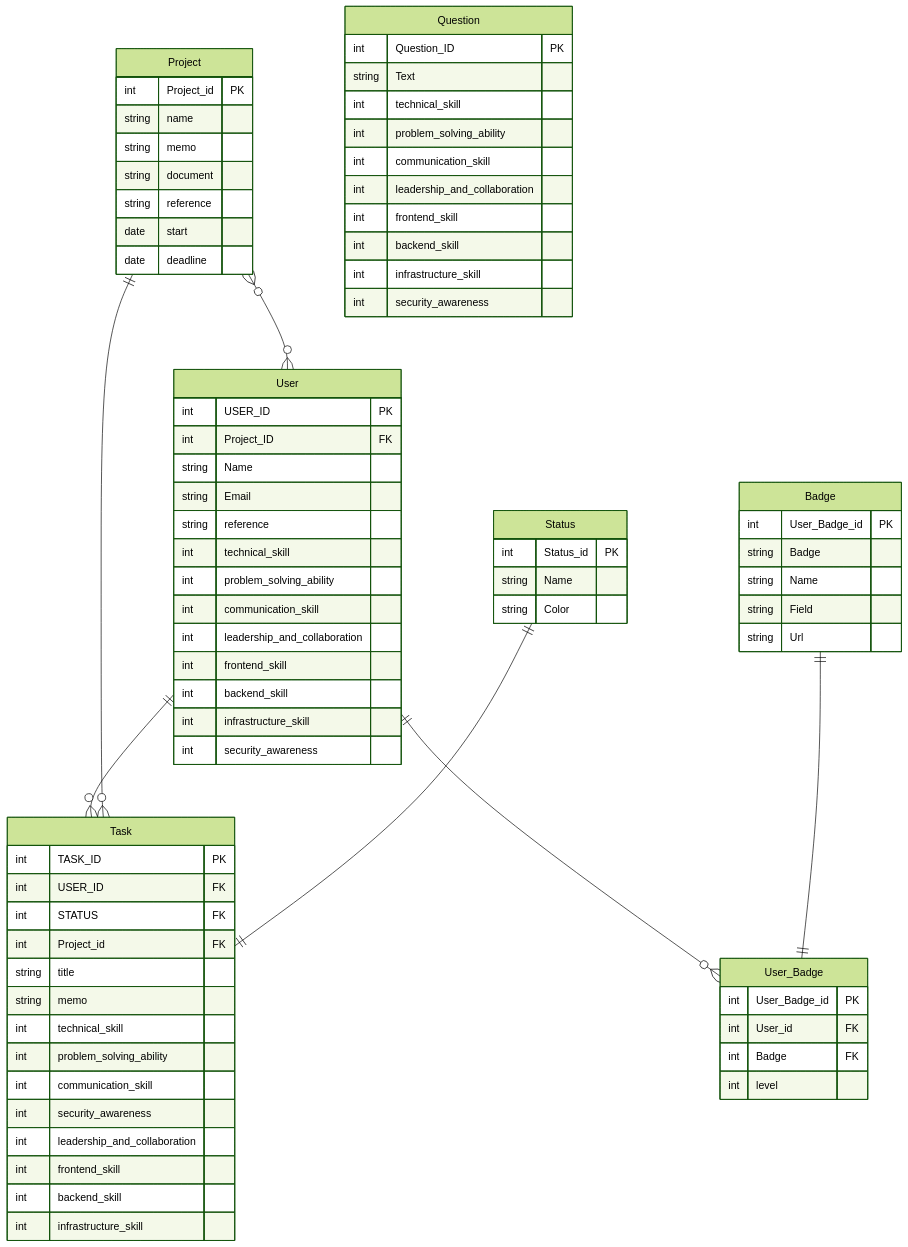
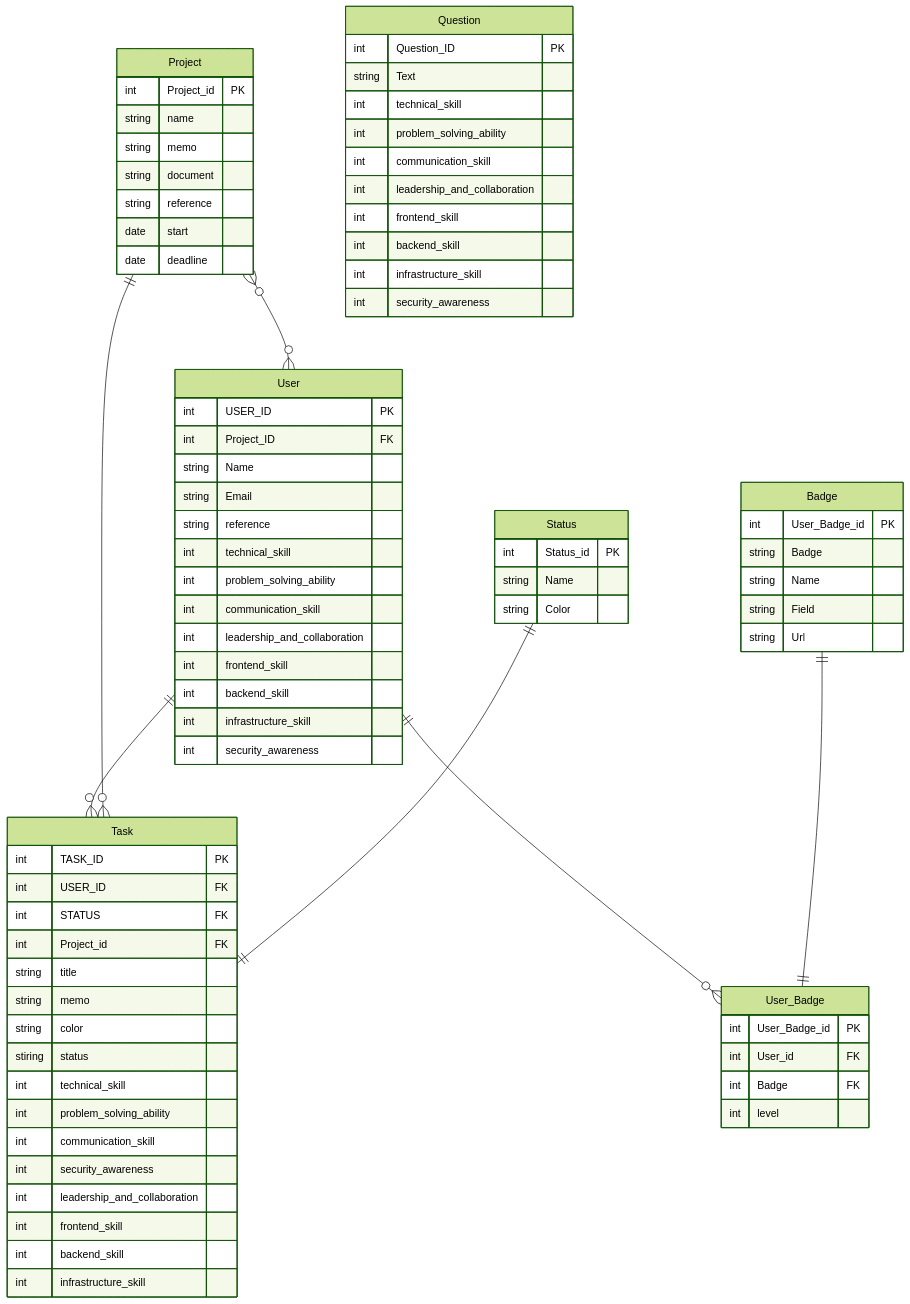
The diagram in README.md (QWERTOP18/SKILL-MATCH-API), drawn with Mermaid (forest theme) before and after one commit. The commit also changed 9 other files, not shown here.

```diff
--- a/README.md
+++ b/README.md
@@ -58,6 +58,8 @@
         int Project_id FK
         string title
         string memo
+        string color
+        stiring status
         int technical_skill
         int problem_solving_ability
         int communication_skill
```
